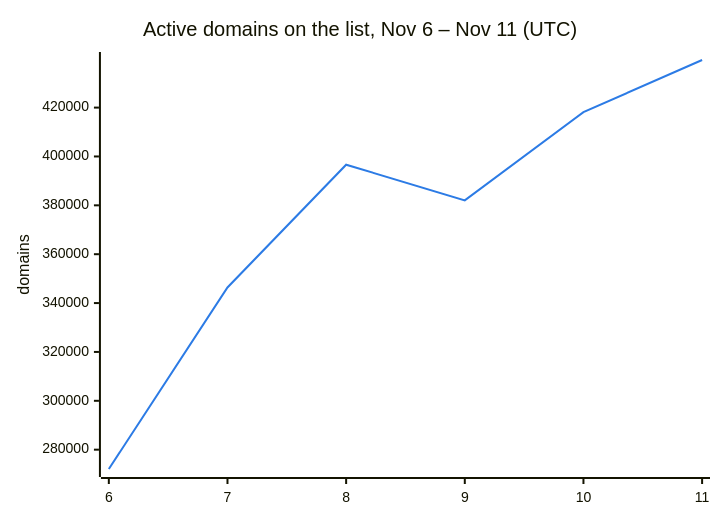
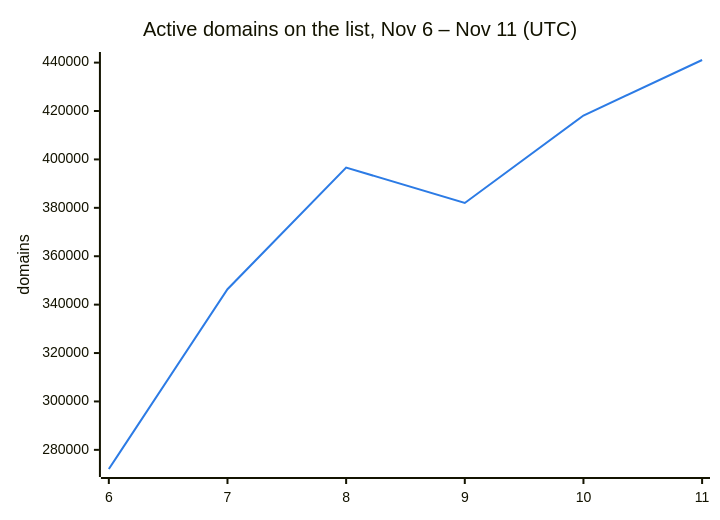
The second of 3 diagrams in README.md (DNSBunker/CTI), drawn with Mermaid before and after one commit. The commit also changed other lines of this file and 3 other files, not shown here.

````diff
--- a/README.md
+++ b/README.md
@@ -38,8 +38,8 @@
 ```mermaid
 %%{init: {"themeVariables": {"xyChart": {"plotColorPalette": "#2c7be5"}}}}%%
 xychart-beta
     title "Active domains on the list, Nov 6 – Nov 11 (UTC)"
     x-axis ["6", "7", "8", "9", "10", "11"]
     y-axis "domains"
-    line [272088, 346388, 396638, 382009, 418143, 439481]
+    line [272088, 346388, 396638, 382009, 418143, 441080]
 ```
````
